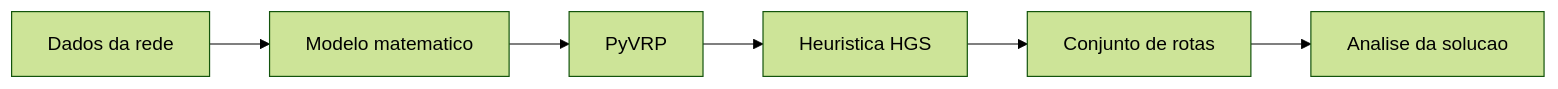
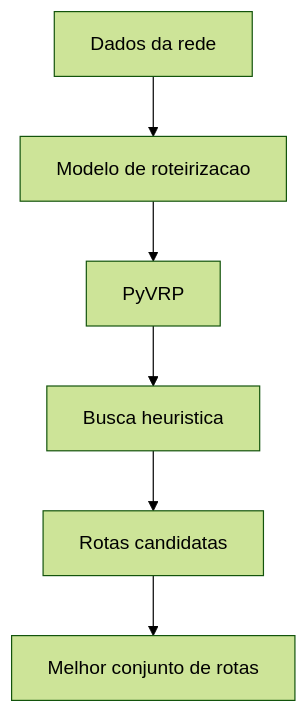
Before and after one commit to ThiagoBibiano/aredes-roteirizacao-numerario: the second of 2 diagrams in docs/apresentacao/04-tecnologia-solucao.md, drawn with Mermaid (forest theme). The commit also changed other lines of this file and 4 other files, not shown here.

````diff
--- a/docs/apresentacao/04-tecnologia-solucao.md
+++ b/docs/apresentacao/04-tecnologia-solucao.md
@@ -69,8 +87,8 @@
 ```mermaid
-flowchart LR
-    A[Dados da rede] --> B[Modelo matematico]
+flowchart TD
+    A[Dados da rede] --> B[Modelo de roteirizacao]
     B --> C[PyVRP]
-    C --> D[Heuristica HGS]
-    D --> E[Conjunto de rotas]
-    E --> F[Analise da solucao]
+    C --> D[Busca heuristica]
+    D --> E[Rotas candidatas]
+    E --> F[Melhor conjunto de rotas]
 ```
````
